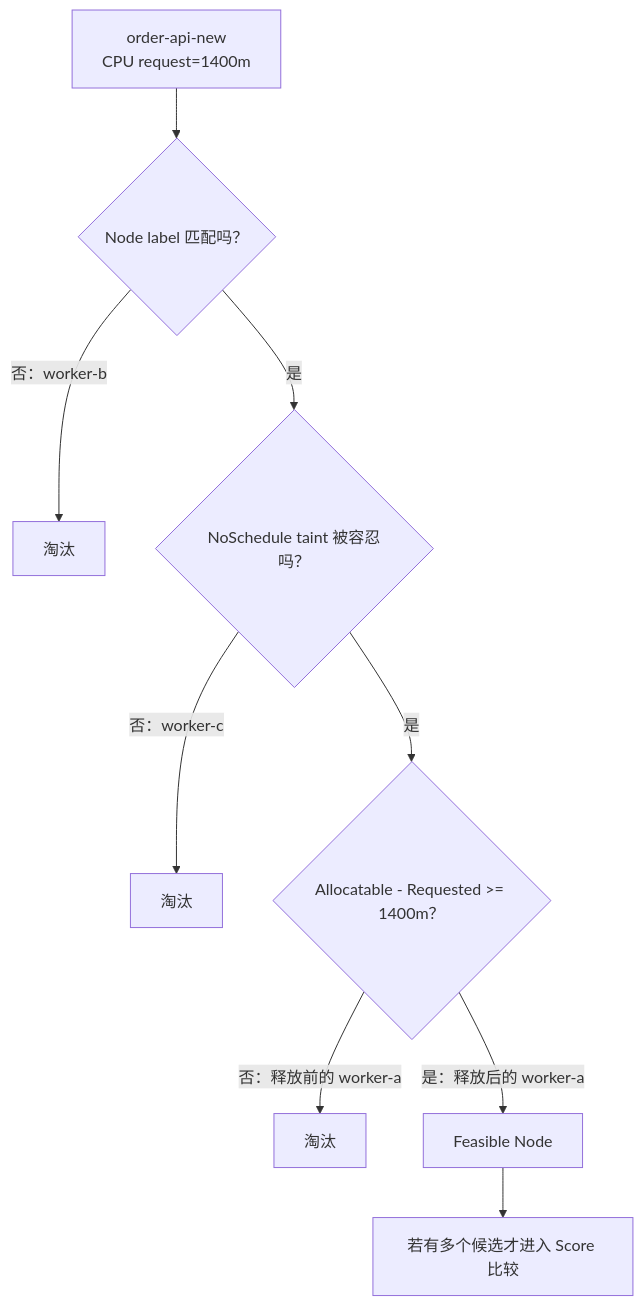
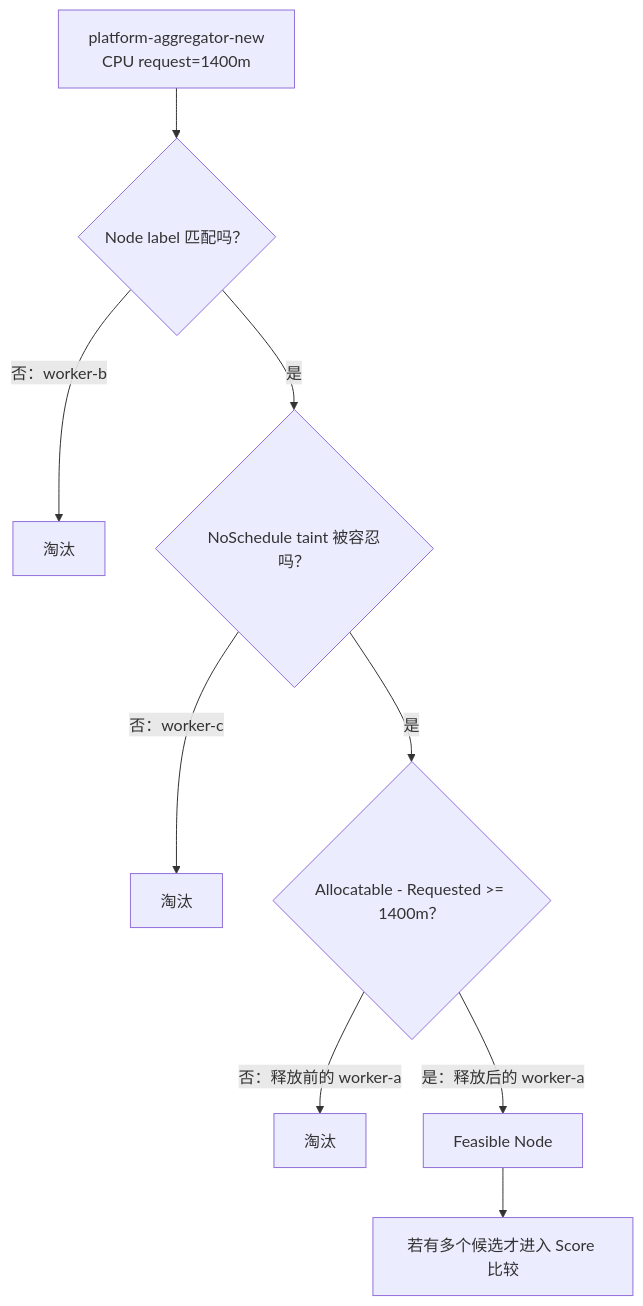
The second of 18 diagrams in 07_正式学习讲义/专题/01_Kubernetes_Scheduler从生产实战到业务平台_GPU与源码全景_新手独立讲义.md (zz-datou/k8s_plat_gpu), drawn with Mermaid before and after one commit. The commit also changed other lines of this file, not shown here.

````diff
--- a/07_正式学习讲义/专题/01_Kubernetes_Scheduler从生产实战到业务平台_GPU与源码全景_新手独立讲义.md
+++ b/07_正式学习讲义/专题/01_Kubernetes_Scheduler从生产实战到业务平台_GPU与源码全景_新手独立讲义.md
@@ -475,11 +518,11 @@
 ```mermaid
 flowchart TD
-    P["order-api-new<br/>CPU request=1400m"] --> A{"Node label 匹配吗？"}
+    P["platform-aggregator-new<br/>CPU request=1400m"] --> A{"Node label 匹配吗？"}
     A -- "否：worker-b" --> X1["淘汰"]
     A -- "是" --> B{"NoSchedule taint 被容忍吗？"}
     B -- "否：worker-c" --> X2["淘汰"]
     B -- "是" --> C{"Allocatable - Requested >= 1400m？"}
     C -- "否：释放前的 worker-a" --> X3["淘汰"]
     C -- "是：释放后的 worker-a" --> F["Feasible Node"]
     F --> S["若有多个候选才进入 Score 比较"]
 ```
````
